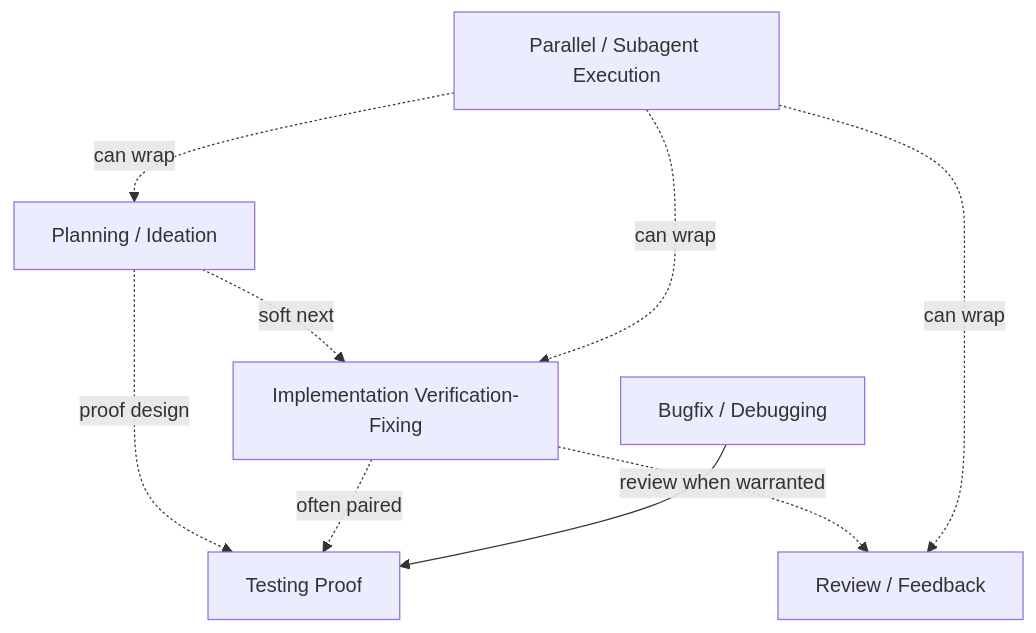
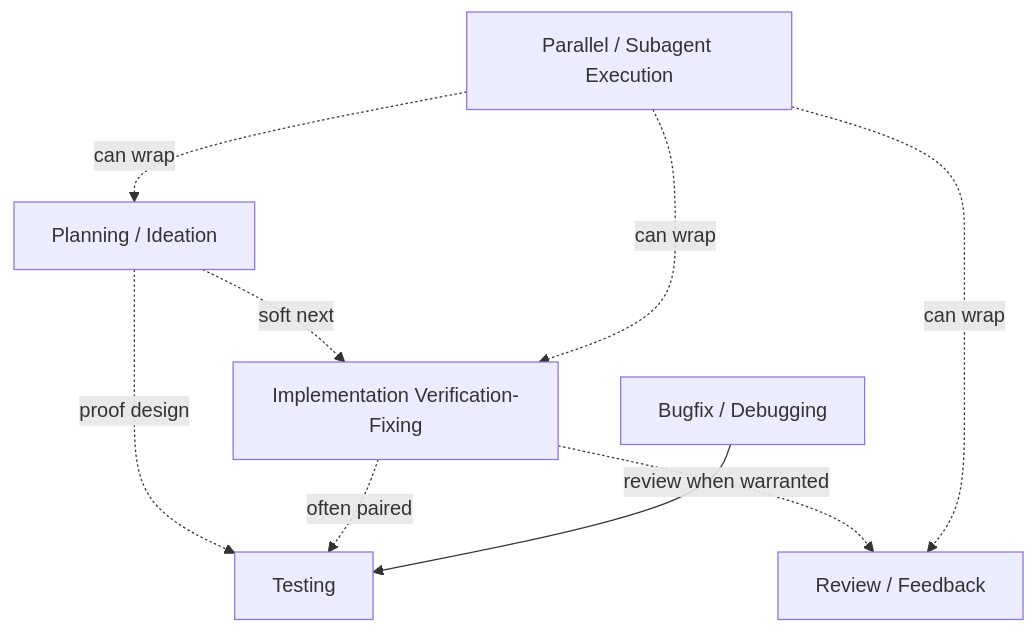
The eighth of 14 diagrams in skills/README.md (quick-brown-foxxx/myai), drawn with Mermaid before and after one commit. The commit also changed other lines of this file, not shown here.

````diff
--- a/skills/README.md
+++ b/skills/README.md
@@ -291,11 +291,11 @@
 ```mermaid
 flowchart TD
   P[Planning / Ideation] -. soft next .-> I[Implementation Verification-Fixing]
-  P -. proof design .-> T[Testing Proof]
+  P -. proof design .-> T[Testing]
   I -. often paired .-> T
   I -. review when warranted .-> R[Review / Feedback]
   B[Bugfix / Debugging] --> T
   O[Parallel / Subagent Execution] -. can wrap .-> P
   O -. can wrap .-> I
   O -. can wrap .-> R
 ```
````
